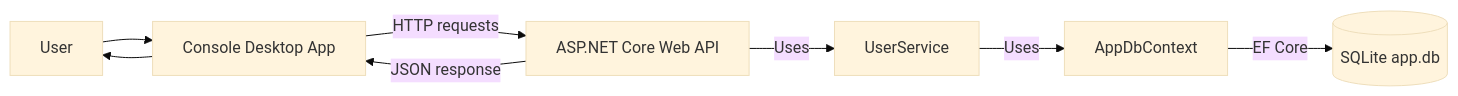
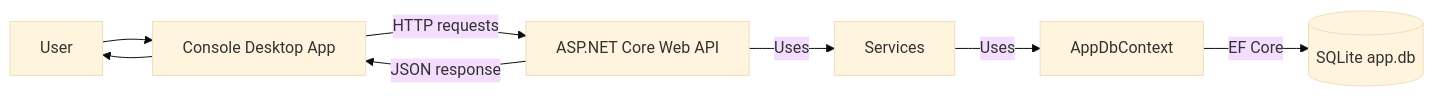
Before and after one commit to Ampedeath/UserManagementApp: the first of 2 diagrams in README.md, drawn with Mermaid (base theme). The commit also changed other lines of this file and 1 other file, not shown here.

````diff
--- a/README.md
+++ b/README.md
@@ -46,11 +47,11 @@
 ```mermaid
 flowchart LR
     User[User] --> Desktop[Console Desktop App]
     Desktop -->|HTTP requests| Api[ASP.NET Core Web API]
-    Api -->|Uses| UserService[UserService]
-    UserService -->|Uses| DbContext[AppDbContext]
+    Api -->|Uses| Services[Services]
+    Services -->|Uses| DbContext[AppDbContext]
     DbContext -->|EF Core| SQLite[(SQLite app.db)]
 
     Api -->|JSON response| Desktop
     Desktop --> User
 ```
````
